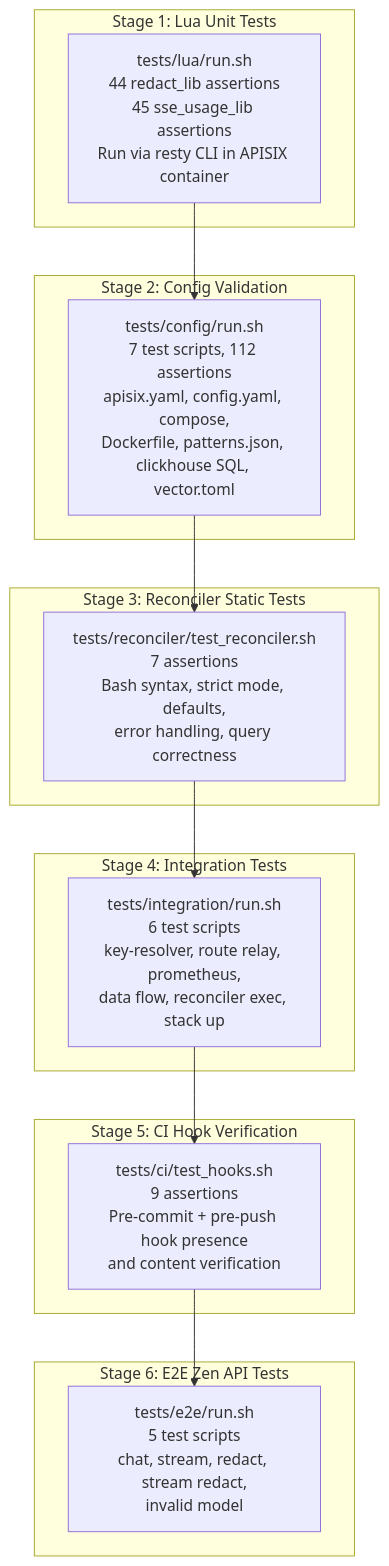
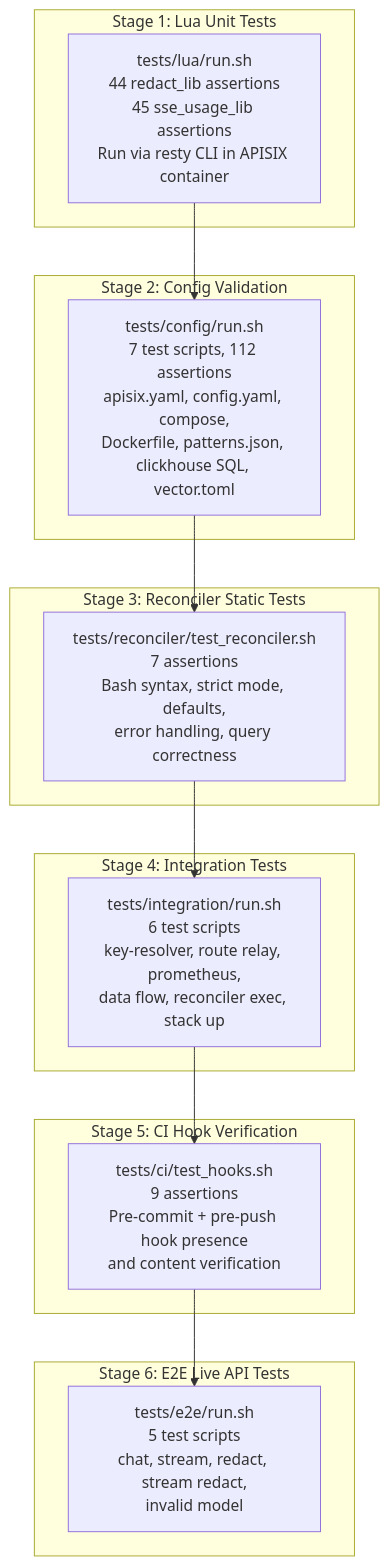
Diagram 14 of 16 in docs/ARCHITECTURE.md (Independent-AI-Labs/WORKSPACE-GATEWAY), drawn with Mermaid before and after one commit. The commit also changed other lines of this file and 42 other files, not shown here.

````diff
--- a/docs/ARCHITECTURE.md
+++ b/docs/ARCHITECTURE.md
@@ -1204,28 +1349,28 @@
 ```mermaid
 graph TB
     subgraph "Stage 1: Lua Unit Tests"
         S1["tests/lua/run.sh<br/>44 redact_lib assertions<br/>45 sse_usage_lib assertions<br/>Run via resty CLI in APISIX container"]
     end
 
     subgraph "Stage 2: Config Validation"
         S2["tests/config/run.sh<br/>7 test scripts, 112 assertions<br/>apisix.yaml, config.yaml, compose,<br/>Dockerfile, patterns.json, clickhouse SQL, vector.toml"]
     end
 
     subgraph "Stage 3: Reconciler Static Tests"
         S3["tests/reconciler/test_reconciler.sh<br/>7 assertions<br/>Bash syntax, strict mode, defaults,<br/>error handling, query correctness"]
     end
 
     subgraph "Stage 4: Integration Tests"
         S4["tests/integration/run.sh<br/>6 test scripts<br/>key-resolver, route relay, prometheus,<br/>data flow, reconciler exec, stack up"]
     end
 
     subgraph "Stage 5: CI Hook Verification"
         S5["tests/ci/test_hooks.sh<br/>9 assertions<br/>Pre-commit + pre-push hook presence<br/>and content verification"]
     end
 
-    subgraph "Stage 6: E2E Zen API Tests"
+    subgraph "Stage 6: E2E Live API Tests"
         S6["tests/e2e/run.sh<br/>5 test scripts<br/>chat, stream, redact, stream redact,<br/>invalid model"]
     end
 
     S1 --> S2 --> S3 --> S4 --> S5 --> S6
 ```
````
